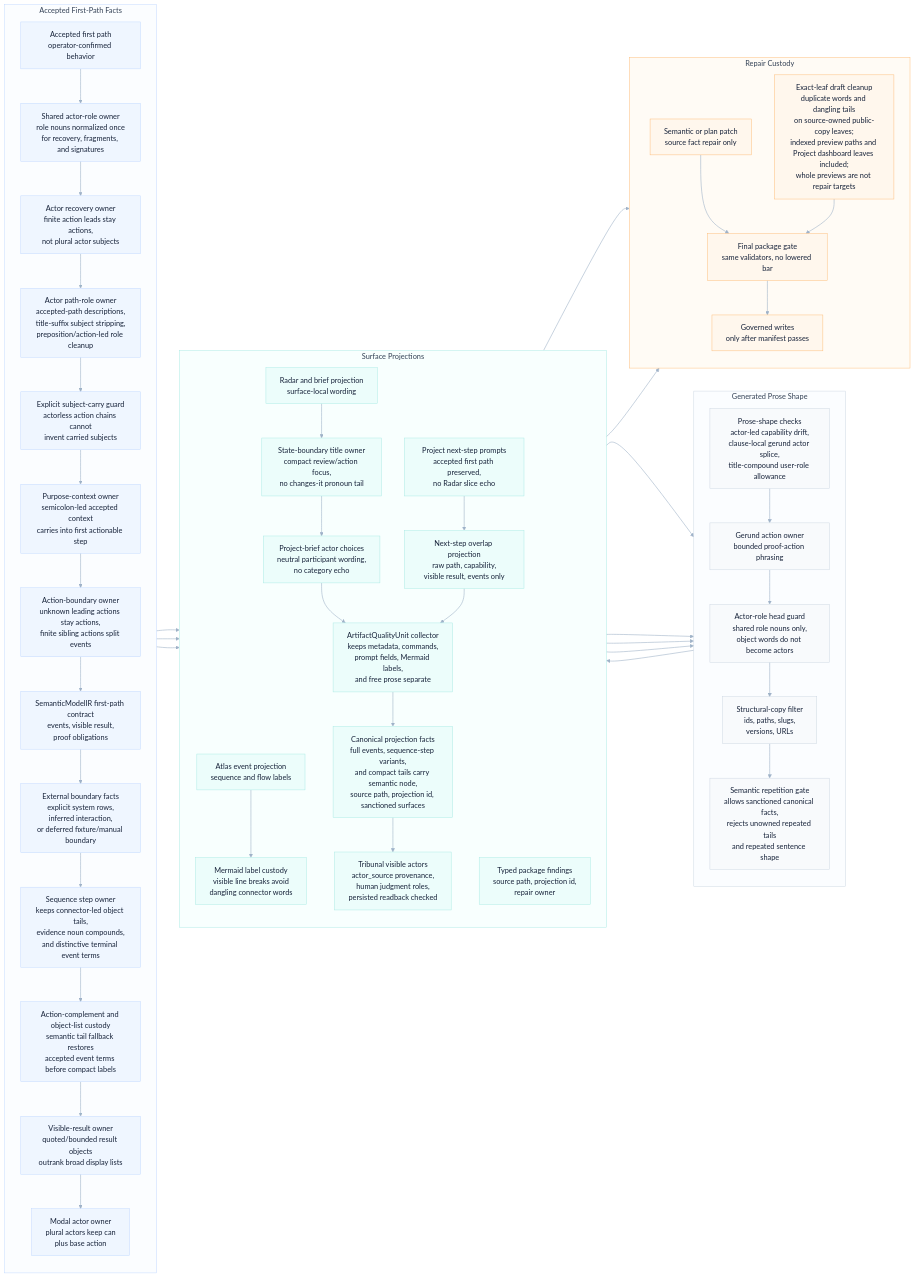
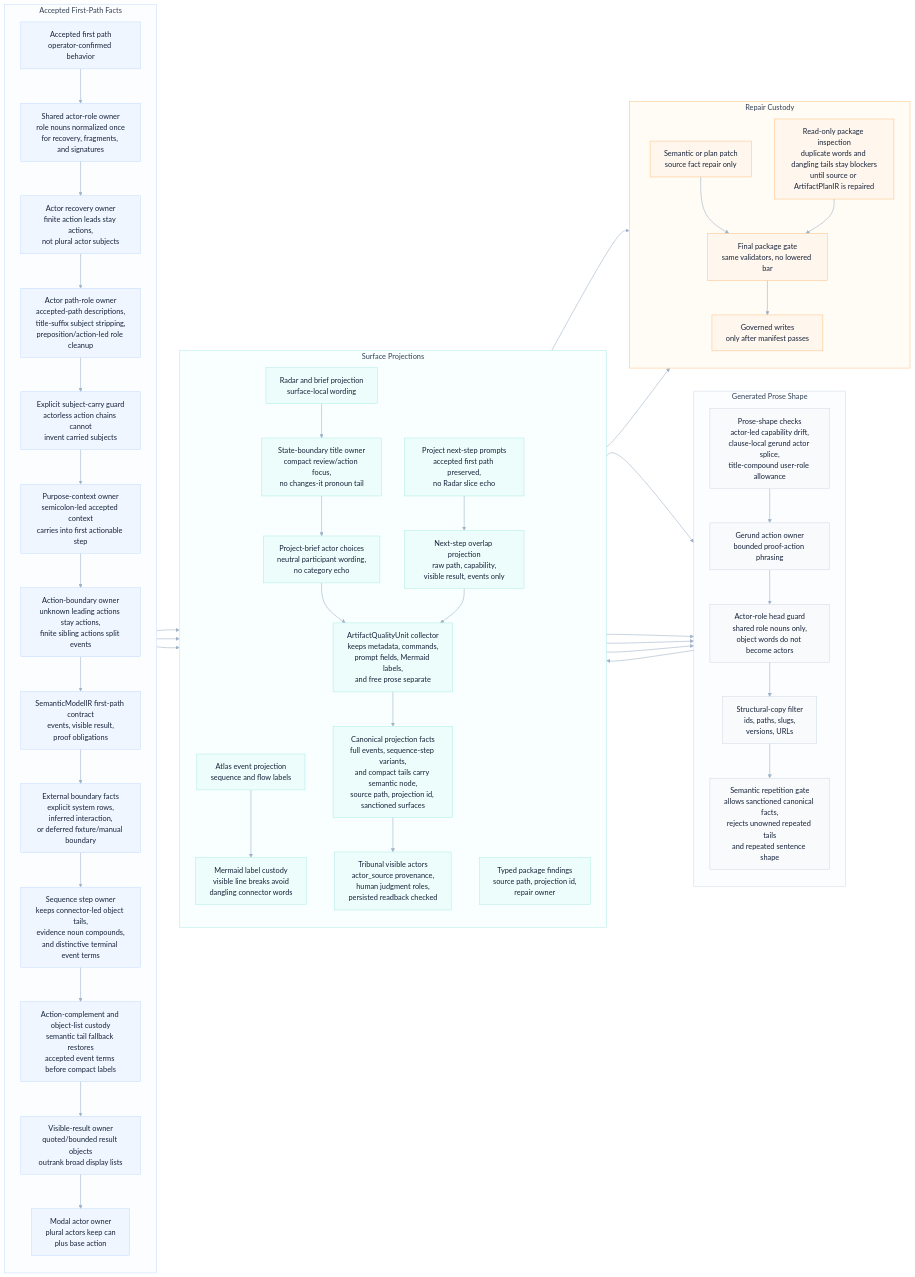
One commit to odylith/odylith changed the diagram in odylith/atlas/source/greenfield-first-path-semantic-copy-custody.mmd. Above: the diagram before and after it, drawn with Mermaid. The commit also changed 48 other files, not shown here.

```diff
--- a/odylith/atlas/source/greenfield-first-path-semantic-copy-custody.mmd
+++ b/odylith/atlas/source/greenfield-first-path-semantic-copy-custody.mmd
@@ -1,102 +1,102 @@
 flowchart LR
     subgraph intent_lane["Accepted First-Path Facts"]
       direction TB
       accepted_path["Accepted first path<br/>operator-confirmed behavior"]
       actor_roles["Shared actor-role owner<br/>role nouns normalized once<br/>for recovery, fragments, and signatures"]
       actor_recovery["Actor recovery owner<br/>finite action leads stay actions,<br/>not plural actor subjects"]
       actor_path_role["Actor path-role owner<br/>accepted-path descriptions,<br/>title-suffix subject stripping,<br/>preposition/action-led role cleanup"]
       subject_carry_guard["Explicit subject-carry guard<br/>actorless action chains cannot<br/>invent carried subjects"]
       purpose_context["Purpose-context owner<br/>semicolon-led accepted context<br/>carries into first actionable step"]
       action_boundary["Action-boundary owner<br/>unknown leading actions stay actions,<br/>finite sibling actions split events"]
       semantic_contract["SemanticModelIR first-path contract<br/>events, visible result,<br/>proof obligations"]
       external_boundary["External boundary facts<br/>explicit system rows,<br/>inferred interaction,<br/>or deferred fixture/manual boundary"]
       sequence_owner["Sequence step owner<br/>keeps connector-led object tails,<br/>evidence noun compounds,<br/>and distinctive terminal event terms"]
       tail_custody["Action-complement and object-list custody<br/>semantic tail fallback restores<br/>accepted event terms before compact labels"]
       visible_result_owner["Visible-result owner<br/>quoted/bounded result objects<br/>outrank broad display lists"]
       modal_owner["Modal actor owner<br/>plural actors keep can<br/>plus base action"]
     end
 
     subgraph prose_lane["Generated Prose Shape"]
       direction TB
       shape_checks["Prose-shape checks<br/>actor-led capability drift,<br/>clause-local gerund actor splice,<br/>title-compound user-role allowance"]
       gerund_owner["Gerund action owner<br/>bounded proof-action phrasing"]
       actor_role_head_guard["Actor-role head guard<br/>shared role nouns only,<br/>object words do not become actors"]
       structural_filter["Structural-copy filter<br/>ids, paths, slugs,<br/>versions, URLs"]
       repetition_gate["Semantic repetition gate<br/>allows sanctioned canonical facts,<br/>rejects unowned repeated tails<br/>and repeated sentence shape"]
     end
 
     subgraph projection_lane["Surface Projections"]
       direction TB
       radar_projection["Radar and brief projection<br/>surface-local wording"]
       state_boundary_titles["State-boundary title owner<br/>compact review/action focus,<br/>no changes-it pronoun tail"]
       actor_choice_copy["Project-brief actor choices<br/>neutral participant wording,<br/>no category echo"]
       atlas_projection["Atlas event projection<br/>sequence and flow labels"]
       mermaid_label_custody["Mermaid label custody<br/>visible line breaks avoid<br/>dangling connector words"]
       next_step_prompts["Project next-step prompts<br/>accepted first path preserved,<br/>no Radar slice echo"]
       overlap_projection["Next-step overlap projection<br/>raw path, capability,<br/>visible result, events only"]
       artifact_units["ArtifactQualityUnit collector<br/>keeps metadata, commands,<br/>prompt fields, Mermaid labels,<br/>and free prose separate"]
       canonical_facts["Canonical projection facts<br/>full events, sequence-step variants,<br/>and compact tails carry semantic node,<br/>source path, projection id, sanctioned surfaces"]
       tribunal_actors["Tribunal visible actors<br/>actor_source provenance,<br/>human judgment roles,<br/>persisted readback checked"]
       package_findings["Typed package findings<br/>source path, projection id,<br/>repair owner"]
     end
 
     subgraph repair_lane["Repair Custody"]
       direction TB
       semantic_plan_patch["Semantic or plan patch<br/>source fact repair only"]
-      exact_draft_cleanup["Exact-leaf draft cleanup<br/>duplicate words and dangling tails<br/>on source-owned public-copy leaves;<br/>indexed preview paths and Project dashboard leaves included;<br/>whole previews are not repair targets"]
+      package_inspection["Read-only package inspection<br/>duplicate words and dangling tails stay blockers<br/>until source or ArtifactPlanIR is repaired"]
       final_gate["Final package gate<br/>same validators, no lowered bar"]
       governed_write["Governed writes<br/>only after manifest passes"]
     end
 
     accepted_path --> actor_roles
     actor_roles --> actor_recovery
     actor_recovery --> actor_path_role
     actor_path_role --> subject_carry_guard
     subject_carry_guard --> purpose_context
     purpose_context --> action_boundary
     action_boundary --> semantic_contract
     semantic_contract --> external_boundary
     external_boundary --> sequence_owner
     sequence_owner --> tail_custody
     tail_custody --> visible_result_owner
     visible_result_owner --> modal_owner
     modal_owner --> radar_projection
     modal_owner --> atlas_projection
     modal_owner --> next_step_prompts
     radar_projection --> state_boundary_titles
     state_boundary_titles --> actor_choice_copy
     radar_projection --> shape_checks
     atlas_projection --> mermaid_label_custody
     mermaid_label_custody --> shape_checks
     actor_choice_copy --> artifact_units
     next_step_prompts --> overlap_projection
     overlap_projection --> artifact_units
     artifact_units --> canonical_facts
     canonical_facts --> tribunal_actors
     tribunal_actors --> shape_checks
     shape_checks --> gerund_owner
     gerund_owner --> actor_role_head_guard
     actor_role_head_guard --> structural_filter
     structural_filter --> repetition_gate
     canonical_facts --> repetition_gate
     repetition_gate --> package_findings
     package_findings --> semantic_plan_patch
-    package_findings --> exact_draft_cleanup
+    package_findings --> package_inspection
     semantic_plan_patch --> final_gate
-    exact_draft_cleanup --> final_gate
+    package_inspection --> final_gate
     final_gate --> governed_write
 
     classDef intent fill:#EFF6FF,stroke:#BFD7FE,color:#17233A,stroke-width:1px;
     classDef prose fill:#F8FAFC,stroke:#CBD5E1,color:#17233A,stroke-width:1px;
     classDef projection fill:#ECFDFB,stroke:#A7E9E3,color:#17233A,stroke-width:1px;
     classDef repair fill:#FFF7ED,stroke:#FDBA74,color:#17233A,stroke-width:1px;
     class accepted_path,actor_roles,actor_recovery,actor_path_role,subject_carry_guard,purpose_context,action_boundary,semantic_contract,external_boundary,sequence_owner,tail_custody,visible_result_owner,modal_owner intent;
     class shape_checks,gerund_owner,actor_role_head_guard,structural_filter,repetition_gate prose;
     class radar_projection,state_boundary_titles,actor_choice_copy,atlas_projection,mermaid_label_custody,next_step_prompts,overlap_projection,artifact_units,canonical_facts,tribunal_actors,package_findings projection;
-    class semantic_plan_patch,exact_draft_cleanup,final_gate,governed_write repair;
+    class semantic_plan_patch,package_inspection,final_gate,governed_write repair;
 
     style intent_lane fill:#FBFDFF,stroke:#BFD7FE,stroke-width:1px,color:#334155
     style prose_lane fill:#FBFDFF,stroke:#CBD5E1,stroke-width:1px,color:#334155
     style projection_lane fill:#F8FFFE,stroke:#A7E9E3,stroke-width:1px,color:#334155
     style repair_lane fill:#FFFBF5,stroke:#FDBA74,stroke-width:1px,color:#334155
     linkStyle default stroke:#9FB2C8,stroke-width:1.25px
```
